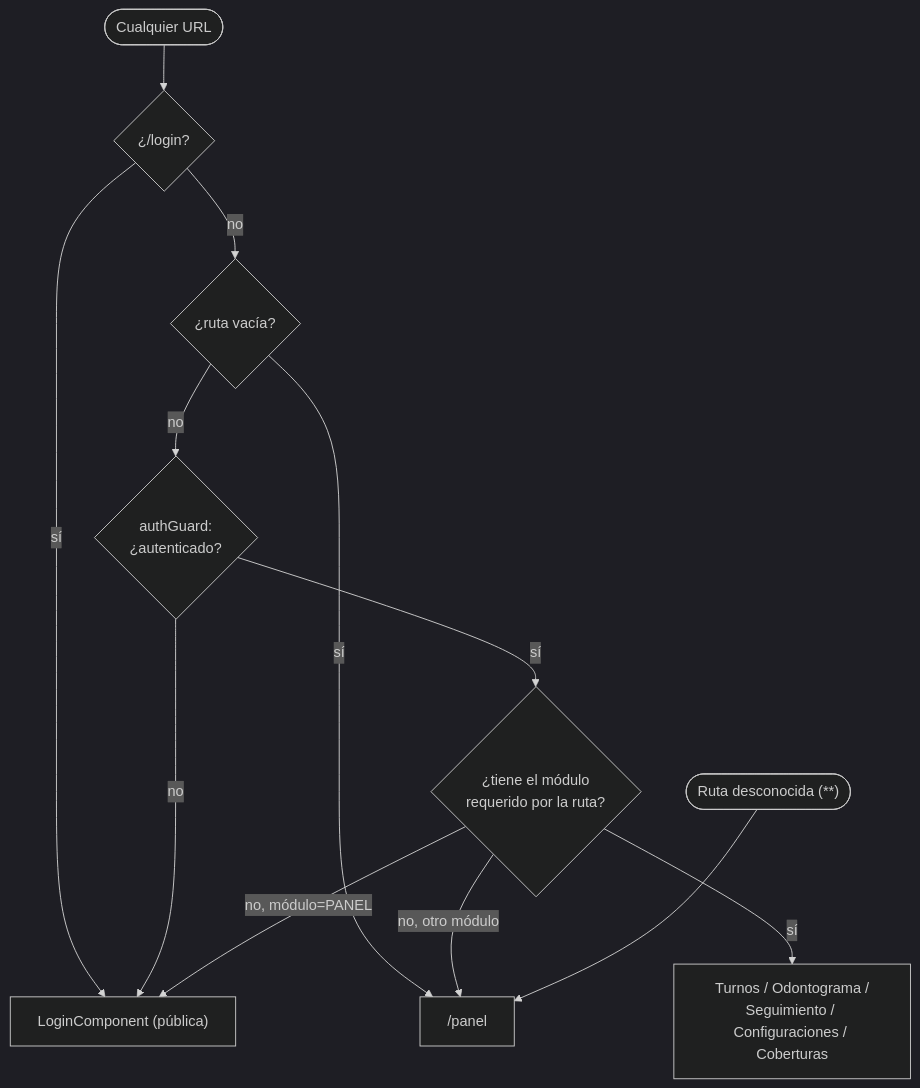
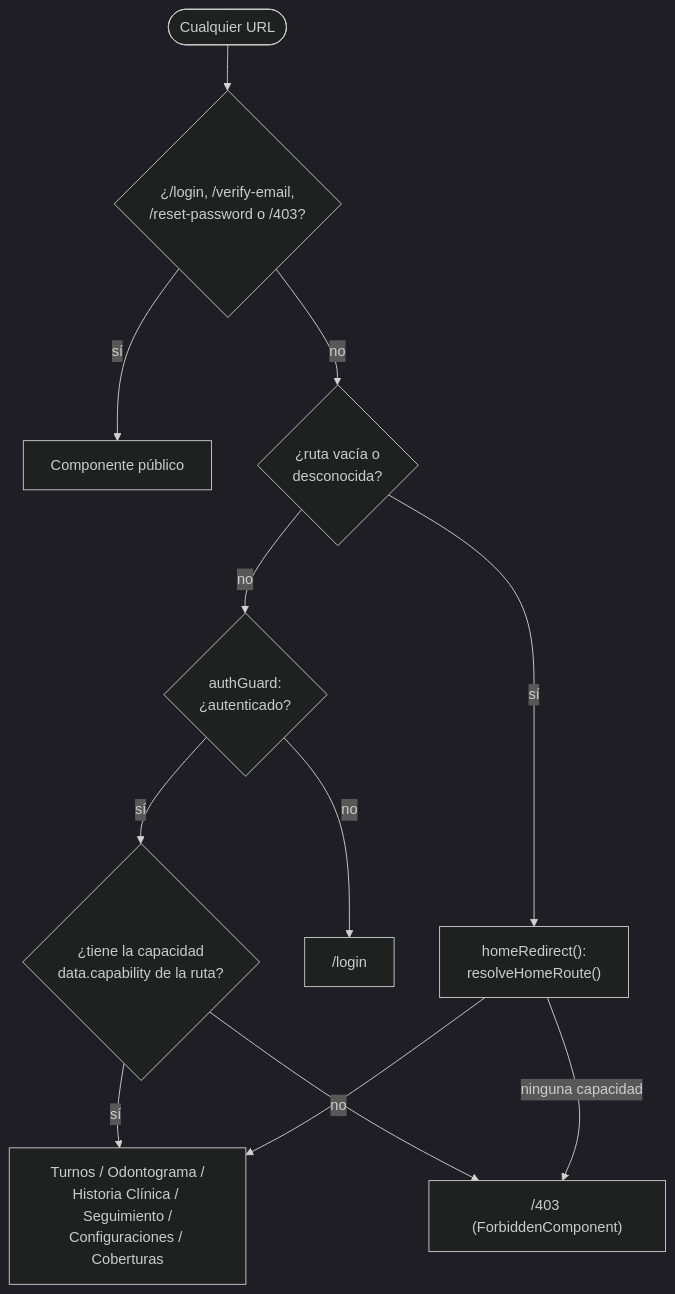
Before and after one commit to danielpalza/frontend-proyecto-turnos: the diagram in docs/ROUTES.md, drawn with Mermaid (dark theme). The commit also changed other lines of this file and 8 other files, not shown here.

````diff
--- a/docs/ROUTES.md
+++ b/docs/ROUTES.md
@@ -69,14 +89,14 @@
 ```mermaid
 flowchart TD
-  Start(["Cualquier URL"]) --> IsLogin{"¿/login?"}
-  IsLogin -- sí --> Login["LoginComponent (pública)"]
-  IsLogin -- no --> Root{"¿ruta vacía?"}
-  Root -- sí --> Panel
+  Start(["Cualquier URL"]) --> IsLogin{"¿/login, /verify-email,<br/>/reset-password o /403?"}
+  IsLogin -- sí --> Public["Componente público"]
+  IsLogin -- no --> Root{"¿ruta vacía o<br/>desconocida?"}
+  Root -- sí --> Home["homeRedirect():<br/>resolveHomeRoute()"]
   Root -- no --> Guard{"authGuard:<br/>¿autenticado?"}
-  Guard -- no --> Login
-  Guard -- sí --> Module{"¿tiene el módulo<br/>requerido por la ruta?"}
-  Module -- no, módulo=PANEL --> Login
-  Module -- no, otro módulo --> Panel["/panel"]
-  Module -- sí --> Dest["Turnos / Odontograma /<br/>Seguimiento / Configuraciones / Coberturas"]
-  Unknown(["Ruta desconocida (**)"]) --> Panel
+  Guard -- no --> Login["/login"]
+  Guard -- sí --> Cap{"¿tiene la capacidad<br/>data.capability de la ruta?"}
+  Cap -- no --> Forbidden["/403 (ForbiddenComponent)"]
+  Cap -- sí --> Dest["Turnos / Odontograma /<br/>Historia Clínica / Seguimiento /<br/>Configuraciones / Coberturas"]
+  Home --> Dest
+  Home -- ninguna capacidad --> Forbidden
 ```
````
